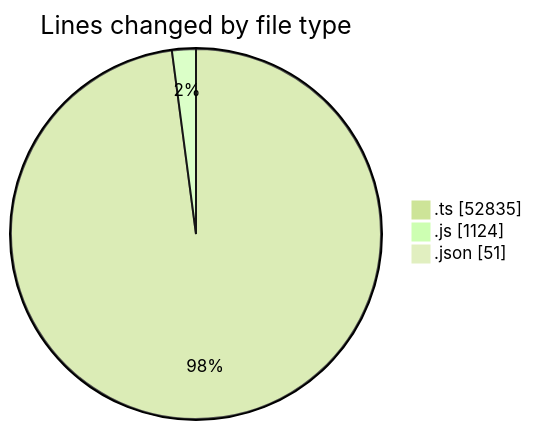
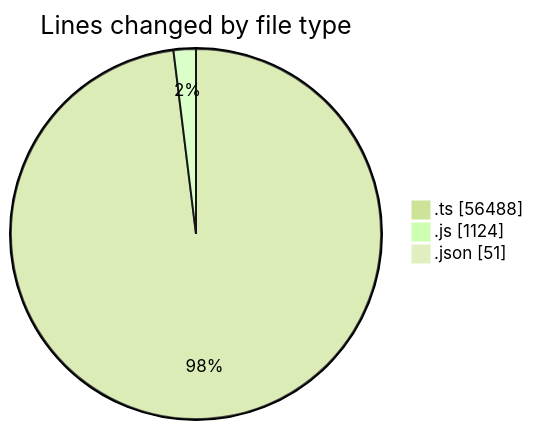
One commit to momahboobian/code-tracking changed the first of 2 diagrams in 2026-10-23/cda/README.md. Above: the diagram before and after it, drawn with Mermaid (forest theme). The commit also changed other lines of this file and 1 other file, not shown here.

````diff
--- a/2026-10-23/cda/README.md
+++ b/2026-10-23/cda/README.md
@@ -36,7 +40,7 @@
 ```mermaid
 pie showData
 title Lines changed by file type
-".ts" : 52835
+".ts" : 56488
 ".js" : 1124
 ".json" : 51
 ```
````
